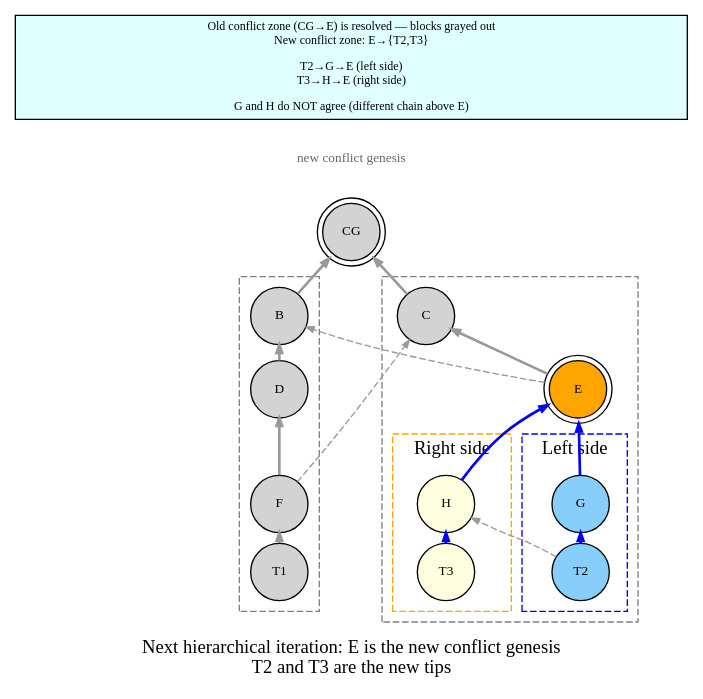
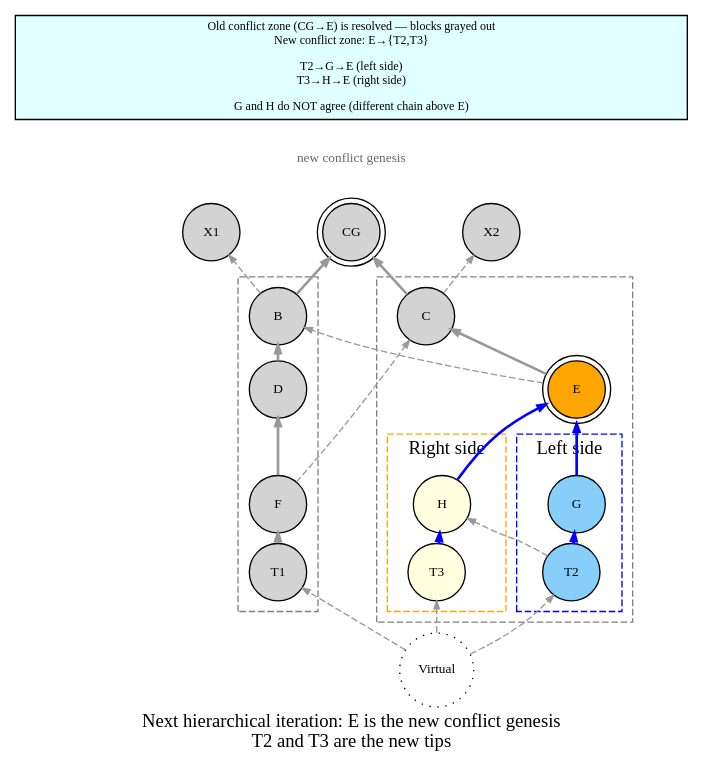
One commit to coderofstuff/dk-wiki changed the diagram in dot/03-agreement-next-iteration.dot. Above: the diagram before and after it, drawn with Graphviz. The commit also changed 9 other files, not shown here.

Commit message:
Improve on conflict zone graphics

```diff
--- a/dot/03-agreement-next-iteration.dot
+++ b/dot/03-agreement-next-iteration.dot
@@ -1,82 +1,96 @@
-digraph agreement_example {
+digraph agreement_next_iteration {
     rankdir=BT;
     nodesep=0.8;
     ranksep=0.1;
     node [shape=circle, style=filled, fontsize=10, width=0.6, height=0.6];
     edge [arrowsize=0.6, color=gray60];
 
     label="Next hierarchical iteration: E is the new conflict genesis\nT2 and T3 are the new tips";
 
     CG [label="CG", fillcolor=lightgray, shape=doublecircle];
+    X1 [label="X1", fillcolor=lightgray];
+    X2 [label="X2", fillcolor=lightgray];
+
+    // Virtual block
+    Virtual [label="Virtual", shape=circle, style=dotted, fillcolor=white];
 
     // Left side: EXACT SAME as original
     subgraph cluster_left {
         label="";
         labelloc=b;
         style="dashed";
         color=gray;
         B [label="B", fillcolor=lightgray];
         D [label="D", fillcolor=lightgray];
         F [label="F", fillcolor=lightgray];
         T1 [label="T1", fillcolor=lightgray];
     }
 
      // Right side: EXACT SAME as original
     subgraph cluster_right {
         label="";
         labelloc=b;
         style="dashed";
         color=gray;
         C [label="C", fillcolor=lightgray];
         E [label="E", fillcolor=orange, shape=doublecircle];
         subgraph cluster_right_left {
             label="Left side";
             labelloc=b;
             style="dashed";
             color=blue
             G [label="G", fillcolor=lightskyblue];
             T2 [label="T2", fillcolor=lightskyblue];
         }
 
         subgraph cluster_right_right {
             label="Right side";
             labelloc=b;
             style="dashed";
             color=orange
             H [label="H", fillcolor=lightyellow];
             T3 [label="T3", fillcolor=lightyellow];
         }
     }
 
     // E label node
     E_lbl [label="new conflict genesis", shape=plaintext, style=filled, fillcolor=none, fontsize=10, fontcolor=gray40, width=0];
 
     // Annotation at bottom
     NOTE [label="Old conflict zone (CG→E) is resolved — blocks grayed out\nNew conflict zone: E→{T2,T3}\n\nT2→G→E (left side)\nT3→H→E (right side)\n\nG and H do NOT agree (different chain above E)", shape=box, style=filled, fillcolor=lightcyan, fontsize=9, width=7];
 
     // Blue edges = selected parent (chain-parent path)
     D -> B [color=gray60, penwidth=2.0];
     F -> D [color=gray60, penwidth=2.0];
     T1 -> F [color=gray60, penwidth=2.0];
     E -> C [color=gray60, penwidth=2.0];
     G -> E [color=blue, penwidth=2.0];
     T2 -> G [color=blue, penwidth=2.0];
     H -> E [color=blue, penwidth=2.0];
     T3 -> H [color=blue, penwidth=2.0];
 
     // Blue to CG (selected parent of B and C)
     B -> CG [color=gray60, penwidth=2.0];
     C -> CG [color=gray60, penwidth=2.0];
 
     // Gray dashed = non-selected parent
     T2 -> H [color=gray60, penwidth=1.0, style=dashed];
     F -> C [color=gray60, penwidth=1.0, style=dashed];
     E -> B [color=gray60, penwidth=1.0, style=dashed];
 
+    // B -> X1 and C -> X2 are non-selected parents
+    B -> X1 [color=gray60, penwidth=1.0, style=dashed];
+    C -> X2 [color=gray60, penwidth=1.0, style=dashed];
+
     // E label close to E
     E -> E_lbl [style=invis, constraint=false];
 
     // Bottom chain from CG
     CG -> E_lbl [style=invis];
     E_lbl -> NOTE [style=invis];
+
+    // Virtual block points to all tips
+    Virtual -> T1 [color=gray60, penwidth=1.0, style=dashed];
+    Virtual -> T2 [color=gray60, penwidth=1.0, style=dashed];
+    Virtual -> T3 [color=gray60, penwidth=1.0, style=dashed];
 }
```
